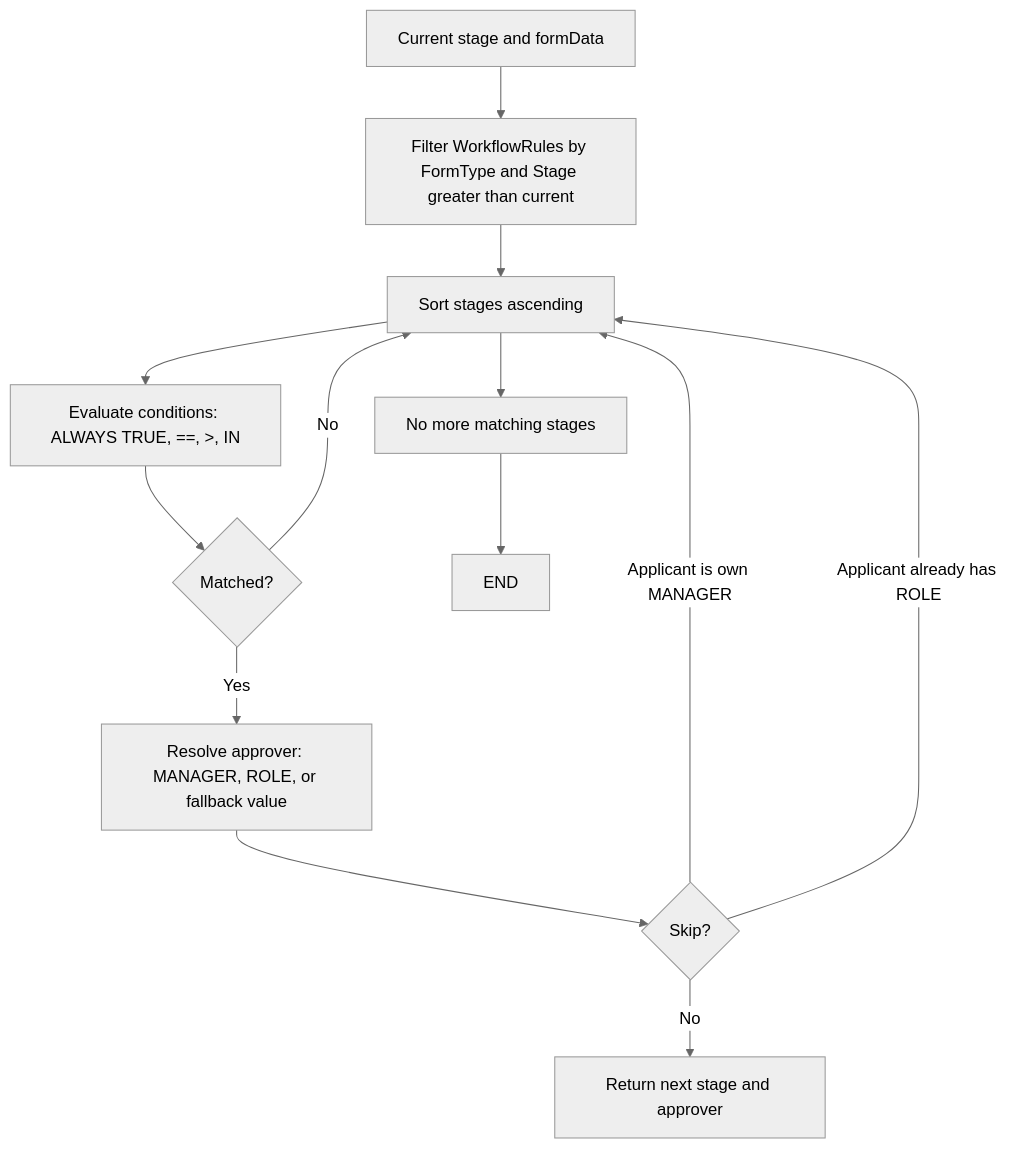
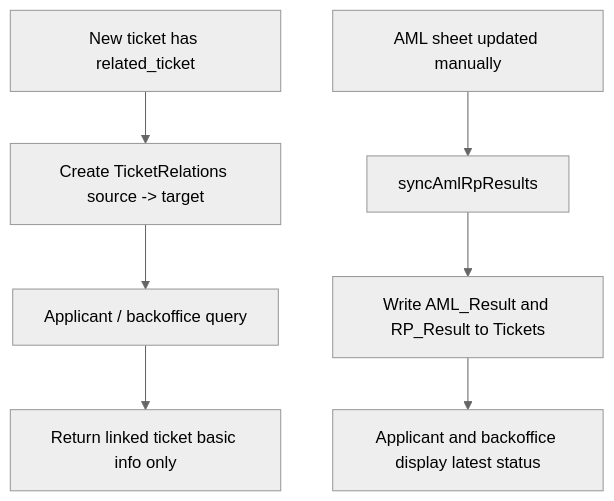
The sixth of 8 diagrams in docs/architecture.md (harrychen-21st/21st-signing-system), drawn with Mermaid (neutral theme) before and after one commit. The commit also changed other lines of this file and 10 other files, not shown here.

Commit message:
feat: add ticket relations and audit export

````diff
--- a/docs/architecture.md
+++ b/docs/architecture.md
@@ -101,15 +106,9 @@
 ```mermaid
 flowchart TD
-  A[Current stage and formData] --> B[Filter WorkflowRules by FormType and Stage greater than current]
-  B --> C[Sort stages ascending]
-  C --> D[Evaluate conditions: ALWAYS TRUE, ==, >, IN]
-  D --> E{Matched?}
-  E -- No --> C
-  E -- Yes --> F[Resolve approver: MANAGER, ROLE, or fallback value]
-  F --> G{Skip?}
-  G -- Applicant is own MANAGER --> C
-  G -- Applicant already has ROLE --> C
-  G -- No --> H[Return next stage and approver]
-  C --> I[No more matching stages]
-  I --> J[END]
+  A[New ticket has related_ticket] --> B[Create TicketRelations source -> target]
+  B --> C[Applicant / backoffice query]
+  C --> D[Return linked ticket basic info only]
+  E[AML sheet updated manually] --> F[syncAmlRpResults]
+  F --> G[Write AML_Result and RP_Result to Tickets]
+  G --> H[Applicant and backoffice display latest status]
 ```
````
